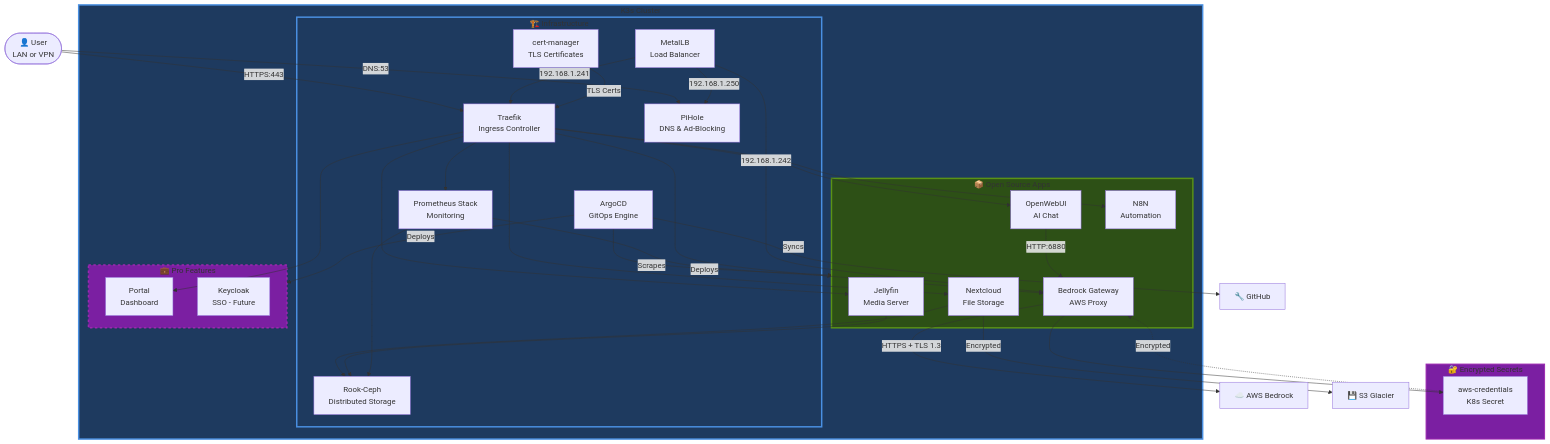
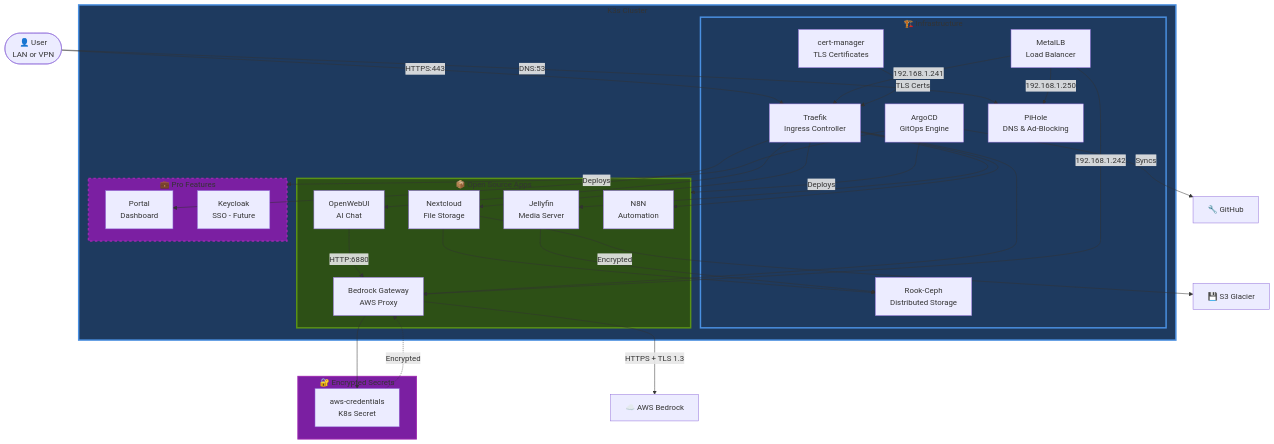
The second of 3 diagrams in docs/wiki/02-Architecture.md (seadogger-tech/seadogger-homelab), drawn with Mermaid before and after one commit. The commit also changed 18 other files, not shown here.

````diff
--- a/docs/wiki/02-Architecture.md
+++ b/docs/wiki/02-Architecture.md
@@ -80,76 +80,72 @@
 ```mermaid
 graph TB
     User([👤 User<br/>LAN or VPN])
 
     subgraph K3s["K3s Cluster"]
         subgraph Infrastructure["🏗️ Infrastructure"]
             Traefik[Traefik<br/>Ingress Controller]
             MetalLB[MetalLB<br/>Load Balancer]
             Ceph[Rook-Ceph<br/>Distributed Storage]
             CertMgr[cert-manager<br/>TLS Certificates]
             ArgoCD[ArgoCD<br/>GitOps Engine]
-            Prom[Prometheus Stack<br/>Monitoring]
             PiHole[PiHole<br/>DNS & Ad-Blocking]
         end
 
         subgraph Apps["📦 Open Source Apps"]
             Nextcloud[Nextcloud<br/>File Storage]
             Jellyfin[Jellyfin<br/>Media Server]
             OpenWebUI[OpenWebUI<br/>AI Chat]
             N8N[N8N<br/>Automation]
             Bedrock_GW[Bedrock Gateway<br/>AWS Proxy]
         end
 
         subgraph Pro["💼 Pro Features"]
             Portal[Portal<br/>Dashboard]
             Keycloak[Keycloak<br/>SSO - Future]
         end
     end
 
     subgraph Secrets["🔐 Encrypted Secrets"]
         AWS_Secret[aws-credentials<br/>K8s Secret]
     end
 
     GitHub[🔧 GitHub]
     AWS[☁️ AWS Bedrock]
     S3[💾 S3 Glacier]
 
     User -->|HTTPS:443| Traefik
     User -->|DNS:53| PiHole
 
     Traefik --> Nextcloud
     Traefik --> Jellyfin
     Traefik --> OpenWebUI
     Traefik --> N8N
     Traefik --> Portal
-    Traefik --> Prom
     Traefik --> Bedrock_GW
 
     ArgoCD -->|Deploys| Apps
     ArgoCD -->|Deploys| Pro
     ArgoCD -->|Syncs| GitHub
 
     MetalLB -->|192.168.1.241| Traefik
     MetalLB -->|192.168.1.250| PiHole
     MetalLB -->|192.168.1.242| Bedrock_GW
 
     CertMgr -->|TLS Certs| Traefik
 
     Nextcloud --> Ceph
     Jellyfin --> Ceph
-    Prom --> Ceph
 
     Bedrock_GW --> AWS_Secret
     AWS_Secret -.->|Encrypted| Bedrock_GW
 
-    Prom -->|Scrapes| Apps
     OpenWebUI -->|HTTP:6880| Bedrock_GW
     Bedrock_GW -->|HTTPS + TLS 1.3| AWS
     Nextcloud -->|Encrypted| S3
 
     style Infrastructure fill:#1e3a5f,stroke:#4a90e2,stroke-width:3px
     style Apps fill:#2d5016,stroke:#5a9216,stroke-width:3px
     style Pro fill:#7b1fa2,stroke:#9c27b0,stroke-width:3px,stroke-dasharray: 5 5
     style K3s fill:#1e3a5f,stroke:#4a90e2,stroke-width:3px
     style Secrets fill:#7b1fa2,stroke:#9c27b0,stroke-width:2px
 ```
````
